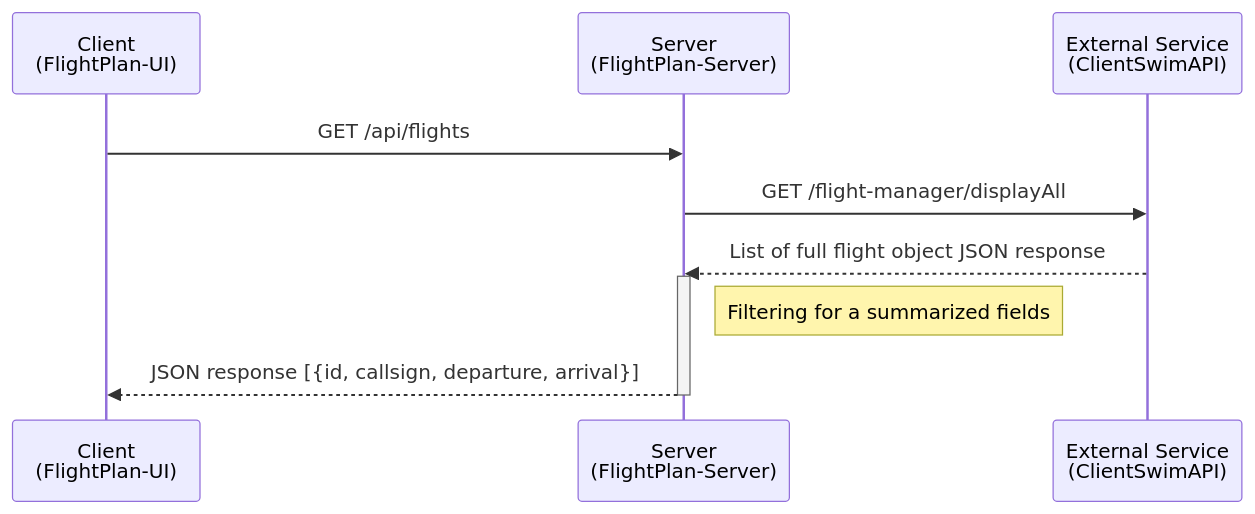
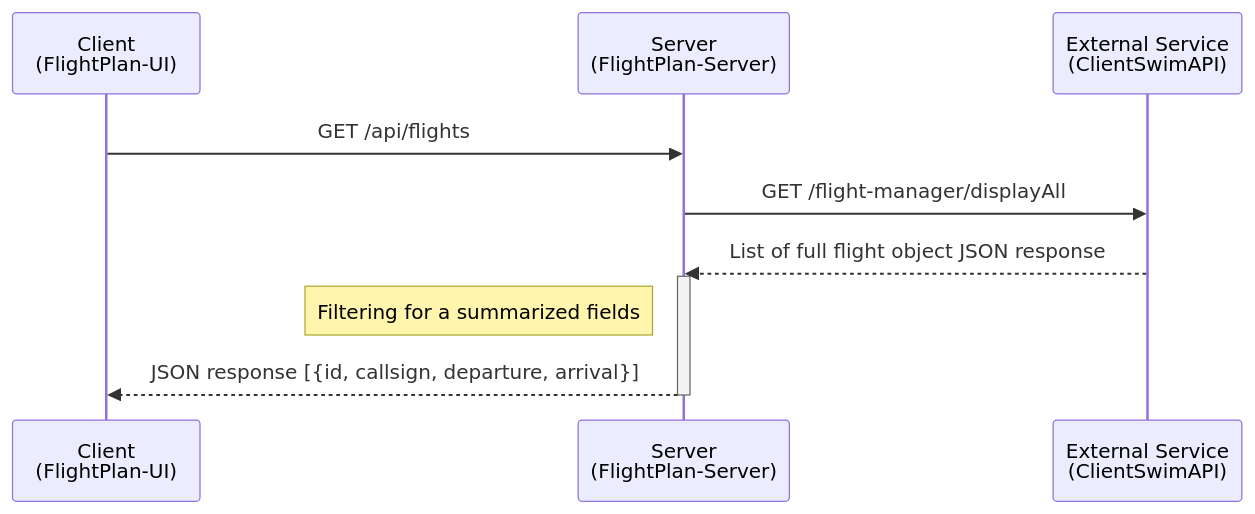
One commit to ST-tienhon/flightplan-server changed the fourth of 5 diagrams in README.md. Above: the diagram before and after it, drawn with Mermaid. The commit also changed other lines of this file, not shown here.

````diff
--- a/README.md
+++ b/README.md
@@ -206,13 +238,13 @@
 ```mermaid
 sequenceDiagram
     participant A as Client <br/> (FlightPlan-UI)
     participant B as Server <br/> (FlightPlan-Server)
     participant C as External Service <br/> (ClientSwimAPI)
     A->>B: GET /api/flights
     B->>C: GET /flight-manager/displayAll
     C-->>B: List of full flight object JSON response
     activate B
-    note right of B: Filtering for a summarized fields
+    note left of B: Filtering for a summarized fields
     B-->>A: JSON response [{id, callsign, departure, arrival}]
     deactivate B
 ```
````
